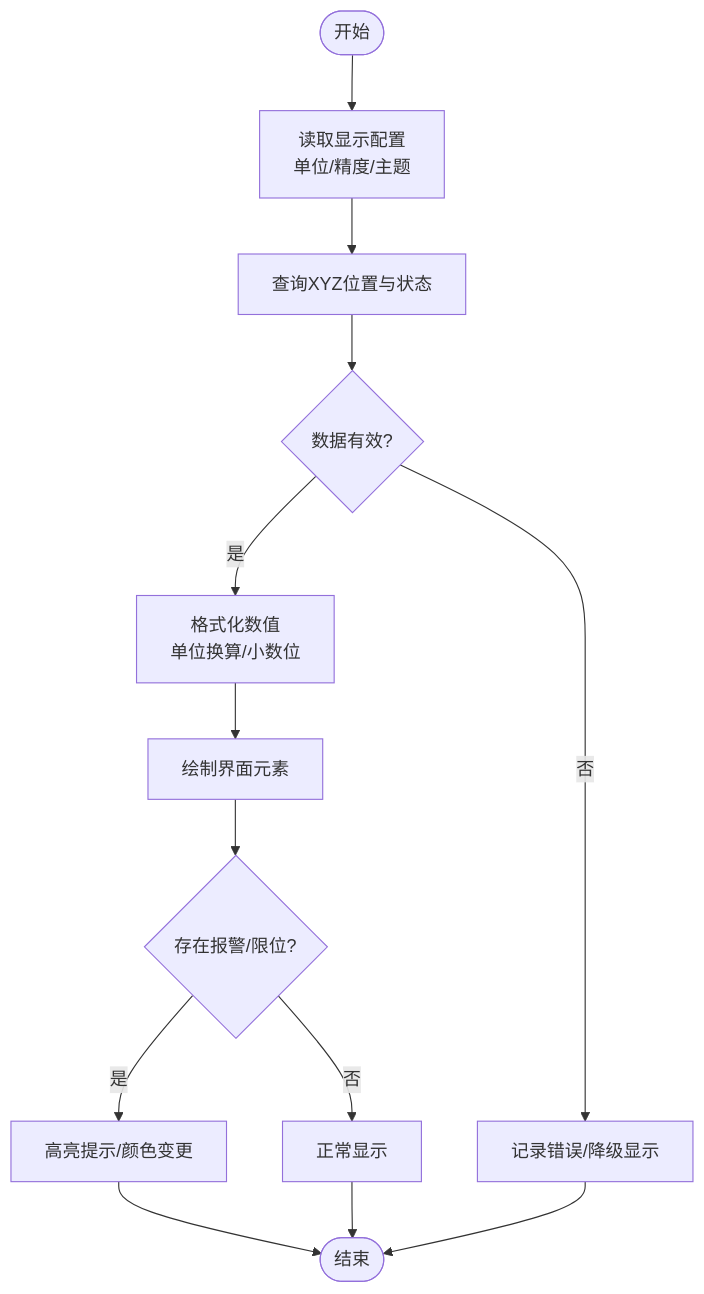
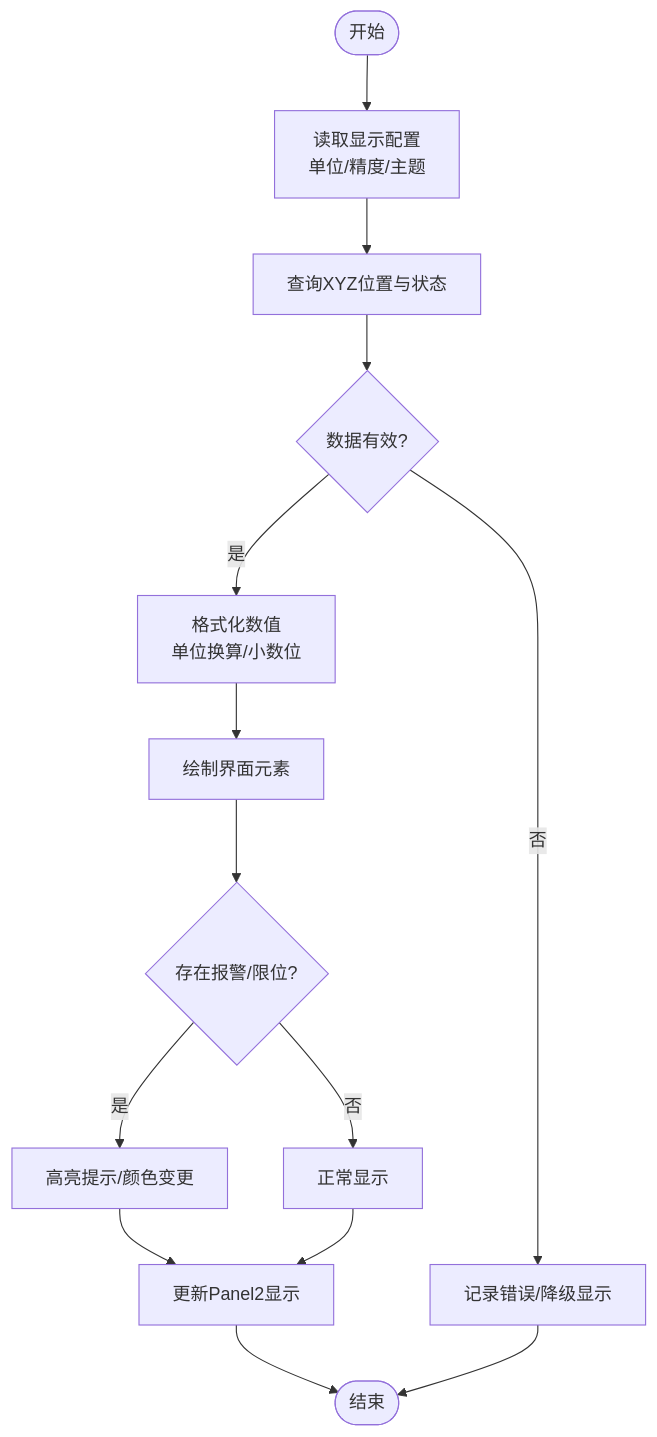
One commit to fuweiq94-cloud/339918076 changed the fifth of 6 diagrams in .qoder/repowiki/zh/content/UI控件库/点位信息显示控件.md. Above: the diagram before and after it, drawn with Mermaid. The commit also changed other lines of this file and 75 other files, not shown here.

````diff
--- a/.qoder/repowiki/zh/content/UI控件库/点位信息显示控件.md
+++ b/.qoder/repowiki/zh/content/UI控件库/点位信息显示控件.md
@@ -258,15 +284,16 @@
 ```mermaid
 flowchart TD
 Start(["开始"]) --> ReadConfig["读取显示配置<br/>单位/精度/主题"]
 ReadConfig --> QueryData["查询XYZ位置与状态"]
 QueryData --> DataValid{"数据有效?"}
 DataValid --> |否| HandleError["记录错误/降级显示"]
 DataValid --> |是| Format["格式化数值<br/>单位换算/小数位"]
 Format --> Draw["绘制界面元素"]
 Draw --> CheckAlarm{"存在报警/限位?"}
 CheckAlarm --> |是| Highlight["高亮提示/颜色变更"]
 CheckAlarm --> |否| Normal["正常显示"]
-Highlight --> End(["结束"])
-Normal --> End
+Highlight --> UpdatePanel2["更新Panel2显示"]
+Normal --> UpdatePanel2
+UpdatePanel2 --> End(["结束"])
 HandleError --> End
 ```
````
